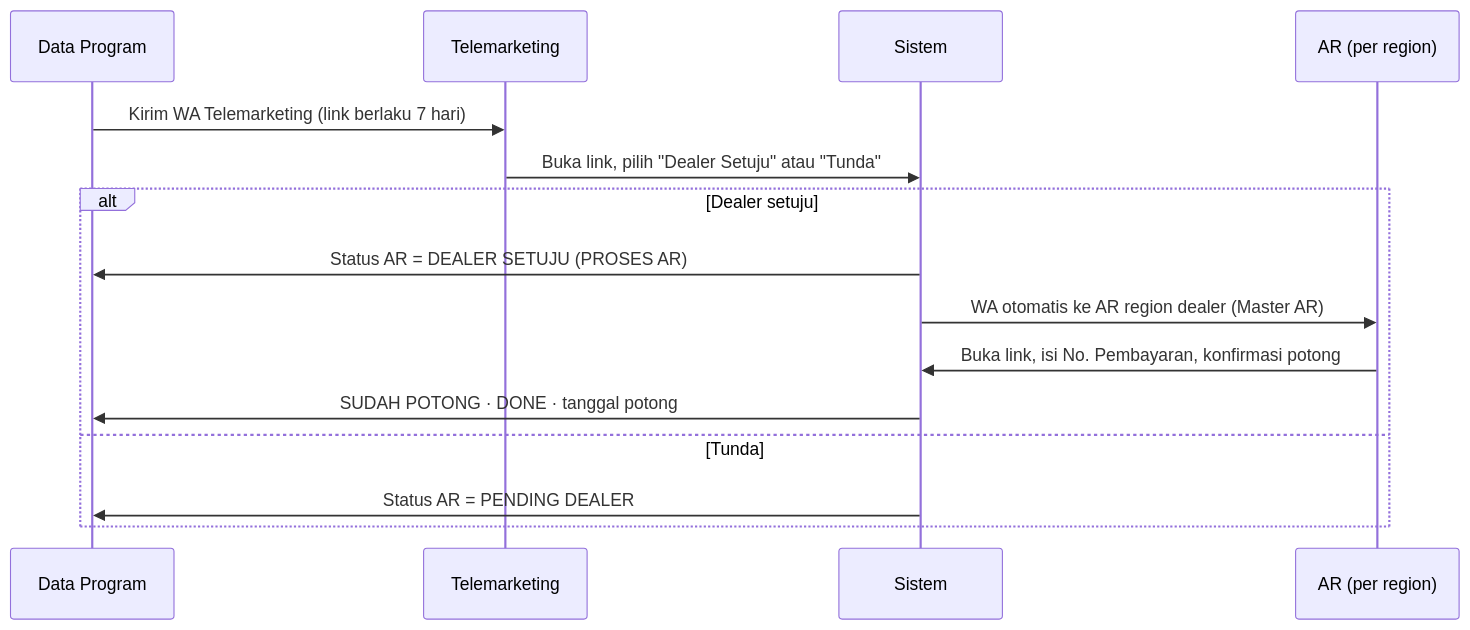
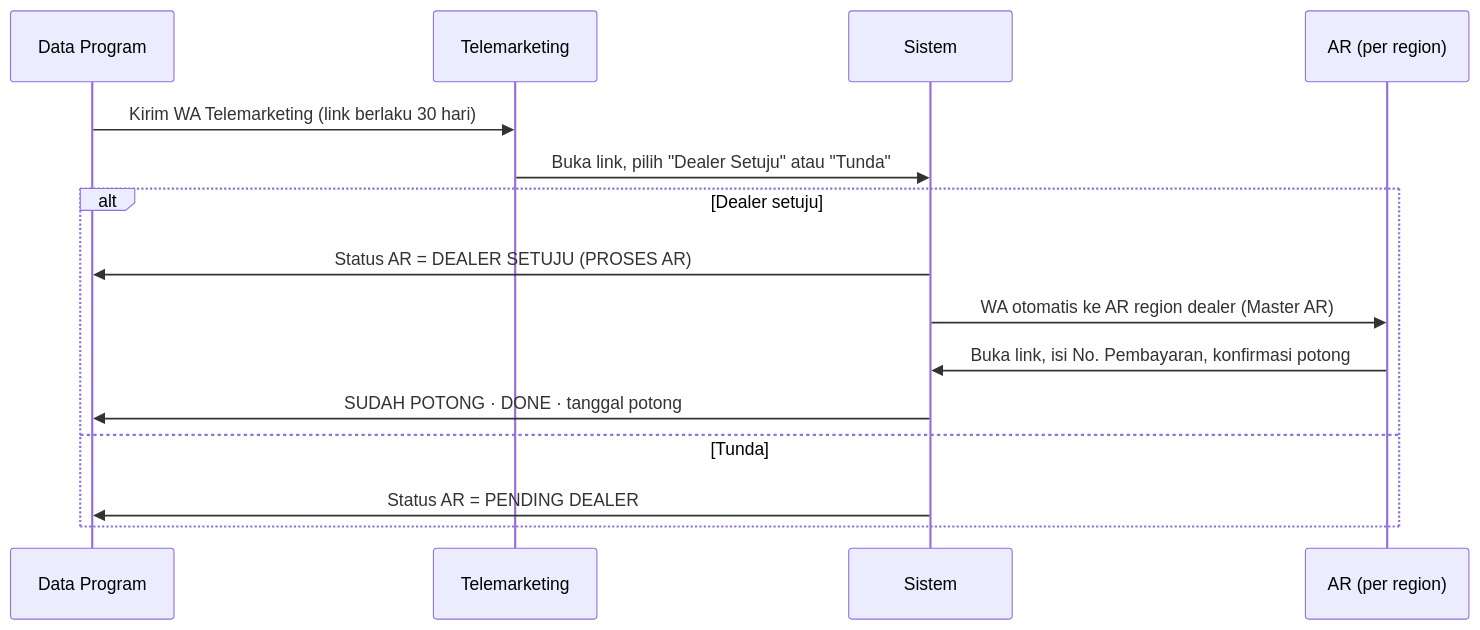
The second of 2 diagrams in README.md (oceanspacedev/Automation-SCM), drawn with Mermaid before and after one commit. The commit also changed other lines of this file and 25 other files, not shown here.

````diff
--- a/README.md
+++ b/README.md
@@ -156,17 +156,17 @@
 ```mermaid
 sequenceDiagram
     participant DP as Data Program
     participant TM as Telemarketing
     participant SYS as Sistem
     participant AR as AR (per region)
-    DP->>TM: Kirim WA Telemarketing (link berlaku 7 hari)
+    DP->>TM: Kirim WA Telemarketing (link berlaku 30 hari)
     TM->>SYS: Buka link, pilih "Dealer Setuju" atau "Tunda"
     alt Dealer setuju
         SYS->>DP: Status AR = DEALER SETUJU (PROSES AR)
         SYS->>AR: WA otomatis ke AR region dealer (Master AR)
         AR->>SYS: Buka link, isi No. Pembayaran, konfirmasi potong
         SYS->>DP: SUDAH POTONG · DONE · tanggal potong
     else Tunda
         SYS->>DP: Status AR = PENDING DEALER
     end
 ```
````
